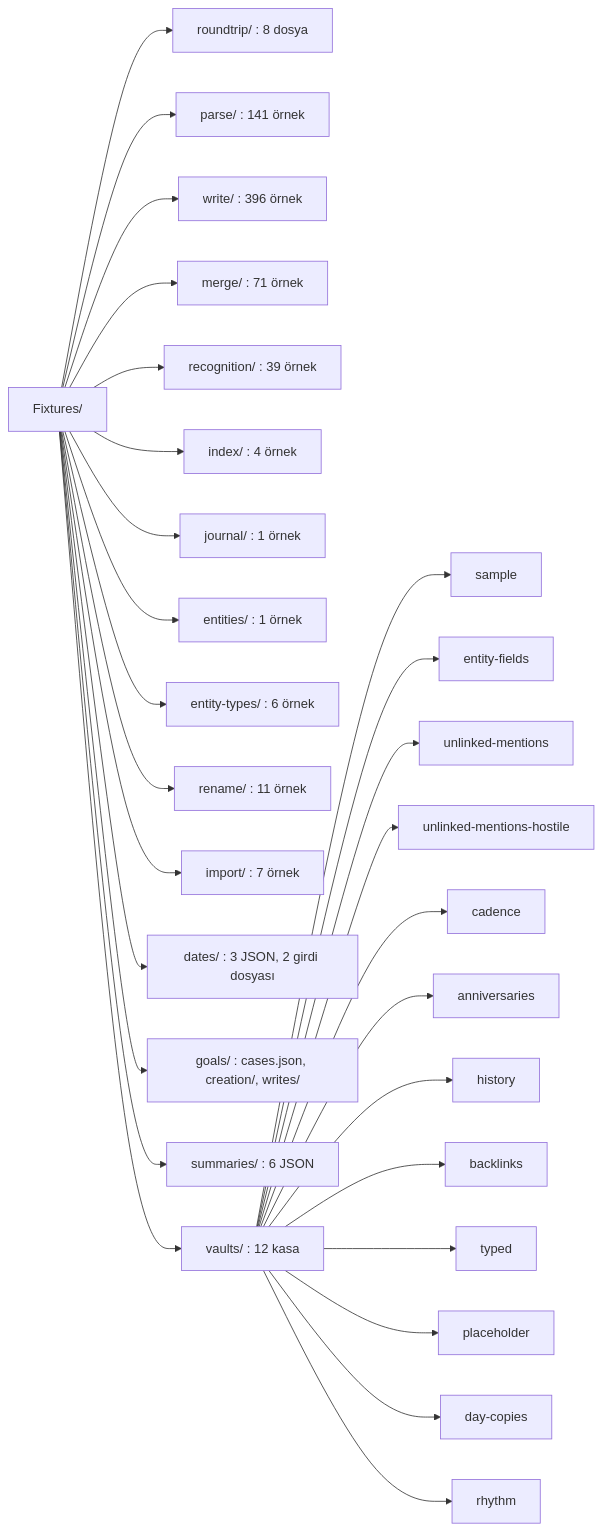
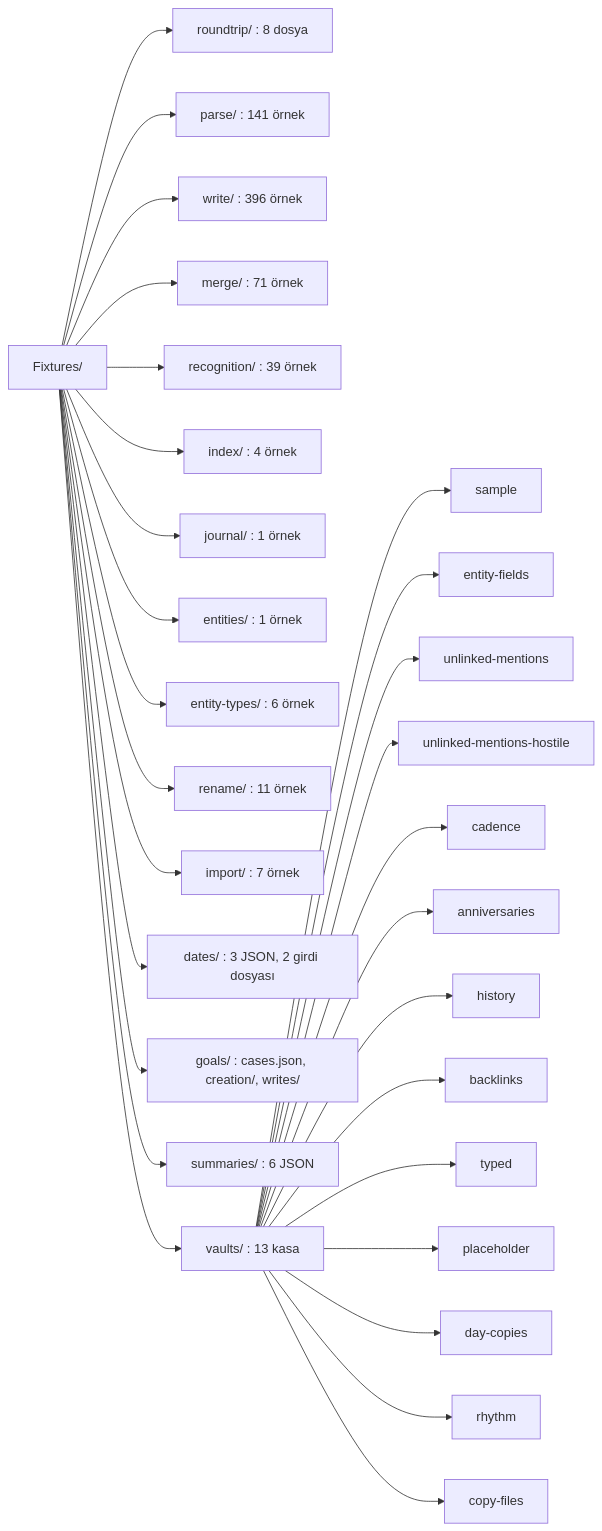
The first of 11 diagrams in docs/fixtures.md (dogancanyildiz/kenet), drawn with Mermaid before and after one commit. The commit also changed other lines of this file and 39 other files, not shown here.

````diff
--- a/docs/fixtures.md
+++ b/docs/fixtures.md
@@ -15,31 +15,32 @@
 ```mermaid
 flowchart LR
   F["Fixtures/"]
   F --> RT["roundtrip/ : 8 dosya"]
   F --> PA["parse/ : 141 örnek"]
   F --> WR["write/ : 396 örnek"]
   F --> ME["merge/ : 71 örnek"]
   F --> RE["recognition/ : 39 örnek"]
   F --> IX["index/ : 4 örnek"]
   F --> JO["journal/ : 1 örnek"]
   F --> EN["entities/ : 1 örnek"]
   F --> ET["entity-types/ : 6 örnek"]
   F --> RN["rename/ : 11 örnek"]
   F --> IM["import/ : 7 örnek"]
   F --> DA["dates/ : 3 JSON, 2 girdi dosyası"]
   F --> GO["goals/ : cases.json, creation/, writes/"]
   F --> SU["summaries/ : 6 JSON"]
-  F --> VA["vaults/ : 12 kasa"]
+  F --> VA["vaults/ : 13 kasa"]
   VA --> V1["sample"]
   VA --> V2["entity-fields"]
   VA --> V3["unlinked-mentions"]
   VA --> V4["unlinked-mentions-hostile"]
   VA --> V5["cadence"]
   VA --> V6["anniversaries"]
   VA --> V7["history"]
   VA --> V8["backlinks"]
   VA --> V9["typed"]
   VA --> V10["placeholder"]
   VA --> V11["day-copies"]
   VA --> V12["rhythm"]
+  VA --> V13["copy-files"]
 ```
````
